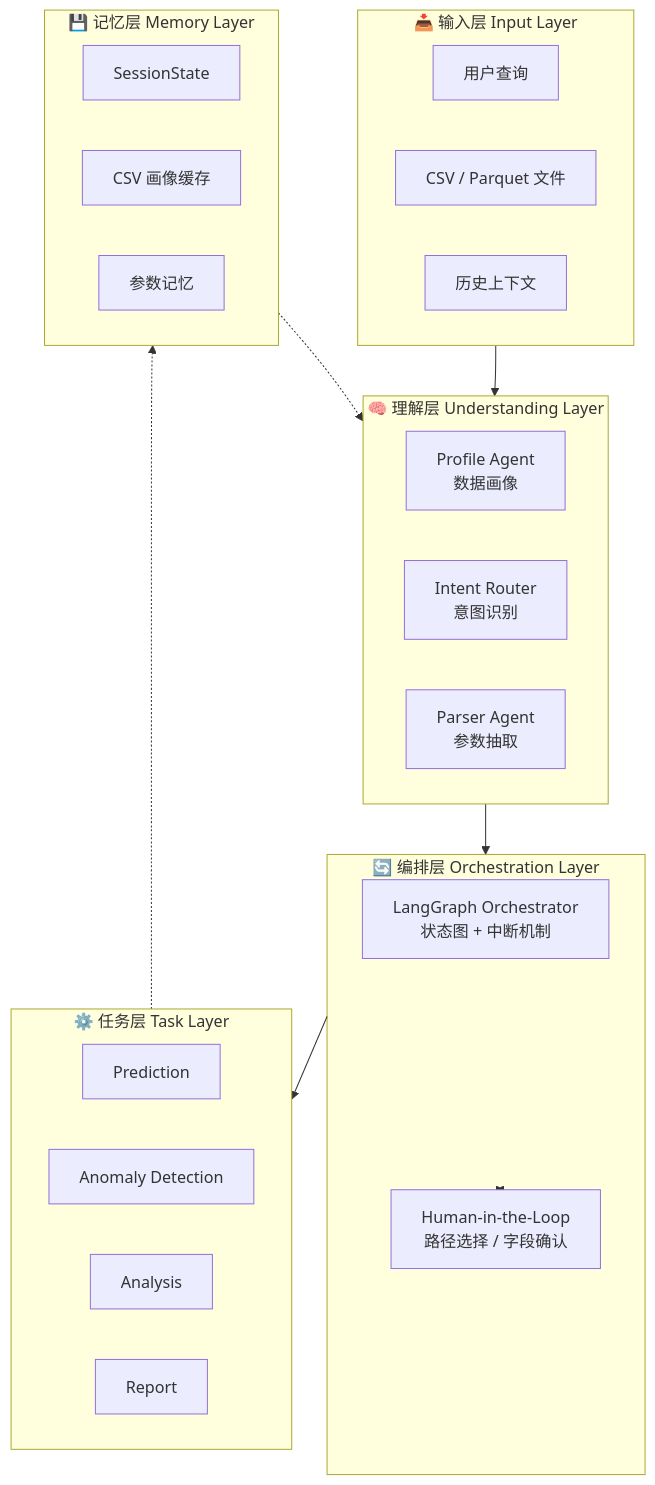
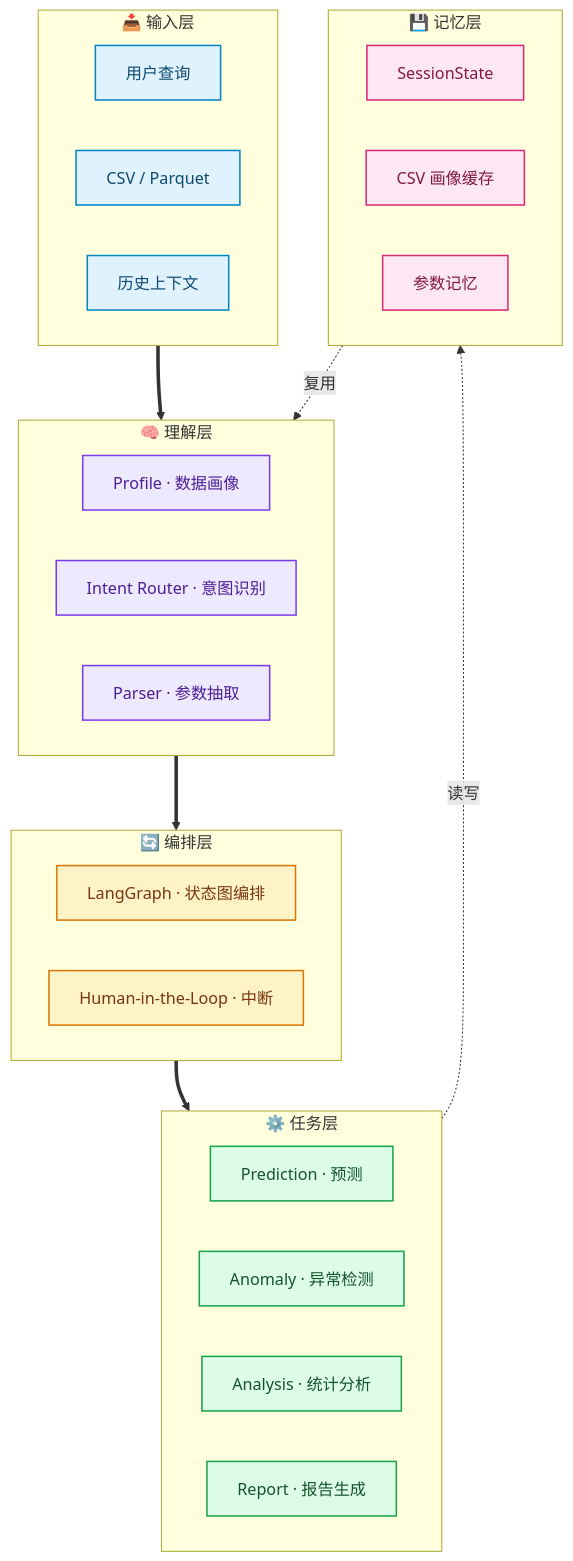
Before and after one commit to wtj1999/Industrial_Time_Series_Agent: the first of 2 diagrams in README.md, drawn with Mermaid. The commit also changed other lines of this file, not shown here.

````diff
--- a/README.md
+++ b/README.md
@@ -86,37 +86,47 @@
 ```mermaid
 flowchart TB
-    subgraph Input["📥 输入层 Input Layer"]
-        UQ[用户查询]
-        CSV[CSV / Parquet 文件]
-        HIST[历史上下文]
+    classDef inp  fill:#e0f2fe,stroke:#0284c7,color:#0c4a6e,stroke-width:1.5px
+    classDef und  fill:#ede9fe,stroke:#7c3aed,color:#4c1d95,stroke-width:1.5px
+    classDef orc  fill:#fef3c7,stroke:#d97706,color:#78350f,stroke-width:1.5px
+    classDef task fill:#dcfce7,stroke:#16a34a,color:#14532d,stroke-width:1.5px
+    classDef mem  fill:#fce7f3,stroke:#db2777,color:#831843,stroke-width:1.5px
+
+    subgraph L1["📥 输入层"]
+        direction LR
+        UQ[用户查询]:::inp
+        CSV[CSV / Parquet]:::inp
+        HIST[历史上下文]:::inp
     end
 
-    subgraph Understanding["🧠 理解层 Understanding Layer"]
-        PA[Profile Agent<br/>数据画像]
-        IR[Intent Router<br/>意图识别]
-        PS[Parser Agent<br/>参数抽取]
+    subgraph L2["🧠 理解层"]
+        direction LR
+        PA[Profile · 数据画像]:::und
+        IR[Intent Router · 意图识别]:::und
+        PS[Parser · 参数抽取]:::und
     end
 
-    subgraph Orchestration["🔄 编排层 Orchestration Layer"]
-        OG[LangGraph Orchestrator<br/>状态图 + 中断机制]
-        HITL[Human-in-the-Loop<br/>路径选择 / 字段确认]
+    subgraph L3["🔄 编排层"]
+        direction LR
+        OG[LangGraph · 状态图编排]:::orc
+        HITL[Human-in-the-Loop · 中断]:::orc
     end
 
-    subgraph Task["⚙️ 任务层 Task Layer"]
-        PRE[Prediction]
-        ANO[Anomaly Detection]
-        ANA[Analysis]
-        RPT[Report]
+    subgraph L4["⚙️ 任务层"]
+        direction LR
+        PRE[Prediction · 预测]:::task
+        ANO[Anomaly · 异常检测]:::task
+        ANA[Analysis · 统计分析]:::task
+        RPT[Report · 报告生成]:::task
     end
 
-    subgraph Memory["💾 记忆层 Memory Layer"]
-        SS[SessionState]
-        PROF[CSV 画像缓存]
-        PMEM[参数记忆]
+    subgraph L5["💾 记忆层"]
+        direction LR
+        SS[SessionState]:::mem
+        PROF[CSV 画像缓存]:::mem
+        PMEM[参数记忆]:::mem
     end
 
-    Input --> Understanding --> Orchestration --> Task
-    Task -.-> Memory
-    Memory -.-> Understanding
-    Orchestration <--> HITL
+    L1 ==> L2 ==> L3 ==> L4
+    L4 -. 读写 .-> L5
+    L5 -. 复用 .-> L2
 ```
````
